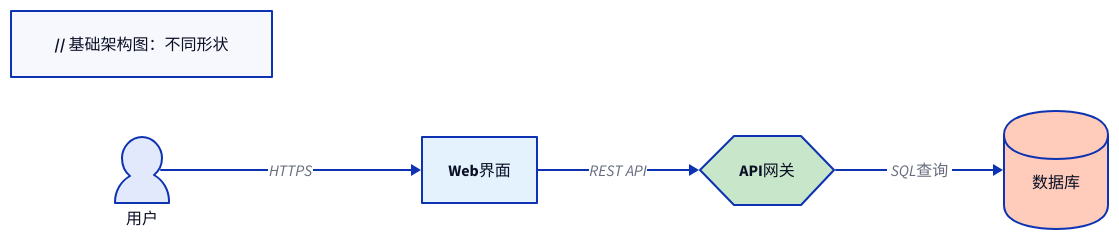
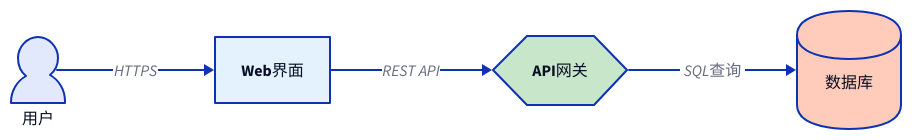
Before and after one commit to chyax98/Diagflow: the first of 6 diagrams in src/lib/syntax-md/d2/diagram.md, drawn with D2. The commit also changed other lines of this file and 115 other files, not shown here.

````diff
--- a/src/lib/syntax-md/d2/diagram.md
+++ b/src/lib/syntax-md/d2/diagram.md
@@ -105,22 +127,22 @@
 ```d2
-// 基础架构图：不同形状
+# 基础架构图：不同形状
 direction: right
 
 用户: {shape: person}
 Web界面: {
   shape: rectangle
   style.fill: "#e3f2fd"
 }
 API网关: {
   shape: hexagon
   style.fill: "#c8e6c9"
 }
 数据库: {
   shape: cylinder
   style.fill: "#ffccbc"
 }
 
-用户 -> Web界面: "HTTPS"
-Web界面 -> API网关: "REST API"
-API网关 -> 数据库: "SQL查询"
+用户 -> Web界面: HTTPS
+Web界面 -> API网关: REST API
+API网关 -> 数据库: SQL查询
 ```
````
